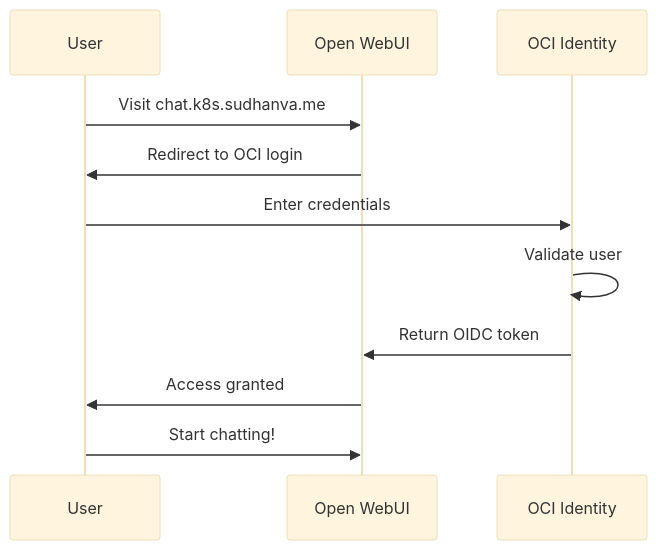
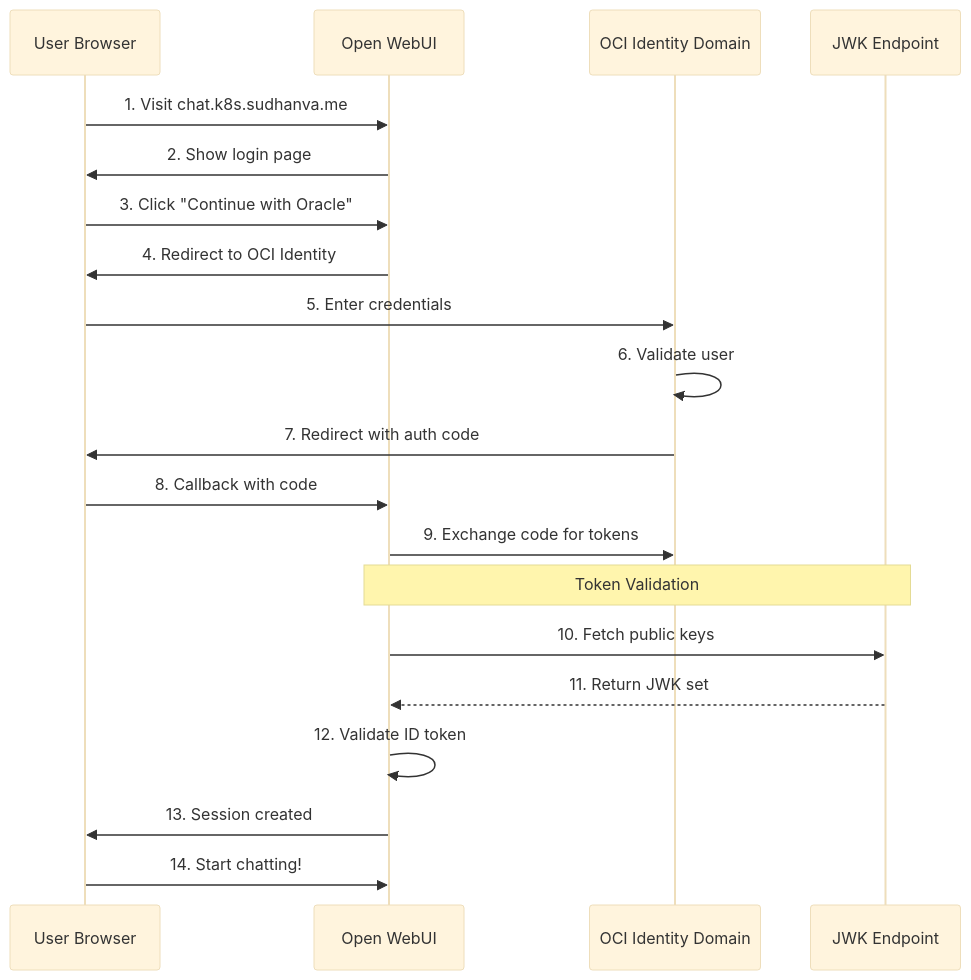
Before and after one commit to nsudhanva/k8s-oracle: the second of 5 diagrams in docs/src/content/docs/architecture/open-webui.mdx, drawn with Mermaid (base theme). The commit also changed other lines of this file and 1 other file, not shown here.

First line of the commit message:
docs: comprehensive OIDC authentication documentation for Open WebUI

````diff
--- a/docs/src/content/docs/architecture/open-webui.mdx
+++ b/docs/src/content/docs/architecture/open-webui.mdx
@@ -65,14 +77,28 @@
 ```mermaid
 sequenceDiagram
-    participant U as User
+    participant U as User Browser
     participant OW as Open WebUI
-    participant OCI as OCI Identity
+    participant OIDC as OCI Identity Domain
+    participant JWK as JWK Endpoint
 
-    U->>OW: Visit chat.k8s.sudhanva.me
-    OW->>U: Redirect to OCI login
-    U->>OCI: Enter credentials
-    OCI->>OCI: Validate user
-    OCI->>OW: Return OIDC token
-    OW->>U: Access granted
-    U->>OW: Start chatting!
+    U->>OW: 1. Visit chat.k8s.sudhanva.me
+    OW->>U: 2. Show login page
+
+    U->>OW: 3. Click "Continue with Oracle"
+    OW->>U: 4. Redirect to OCI Identity
+
+    U->>OIDC: 5. Enter credentials
+    OIDC->>OIDC: 6. Validate user
+    OIDC->>U: 7. Redirect with auth code
+
+    U->>OW: 8. Callback with code
+    OW->>OIDC: 9. Exchange code for tokens
+
+    Note over OW,JWK: Token Validation
+    OW->>JWK: 10. Fetch public keys
+    JWK-->>OW: 11. Return JWK set
+    OW->>OW: 12. Validate ID token
+
+    OW->>U: 13. Session created
+    U->>OW: 14. Start chatting!
 ```
````
